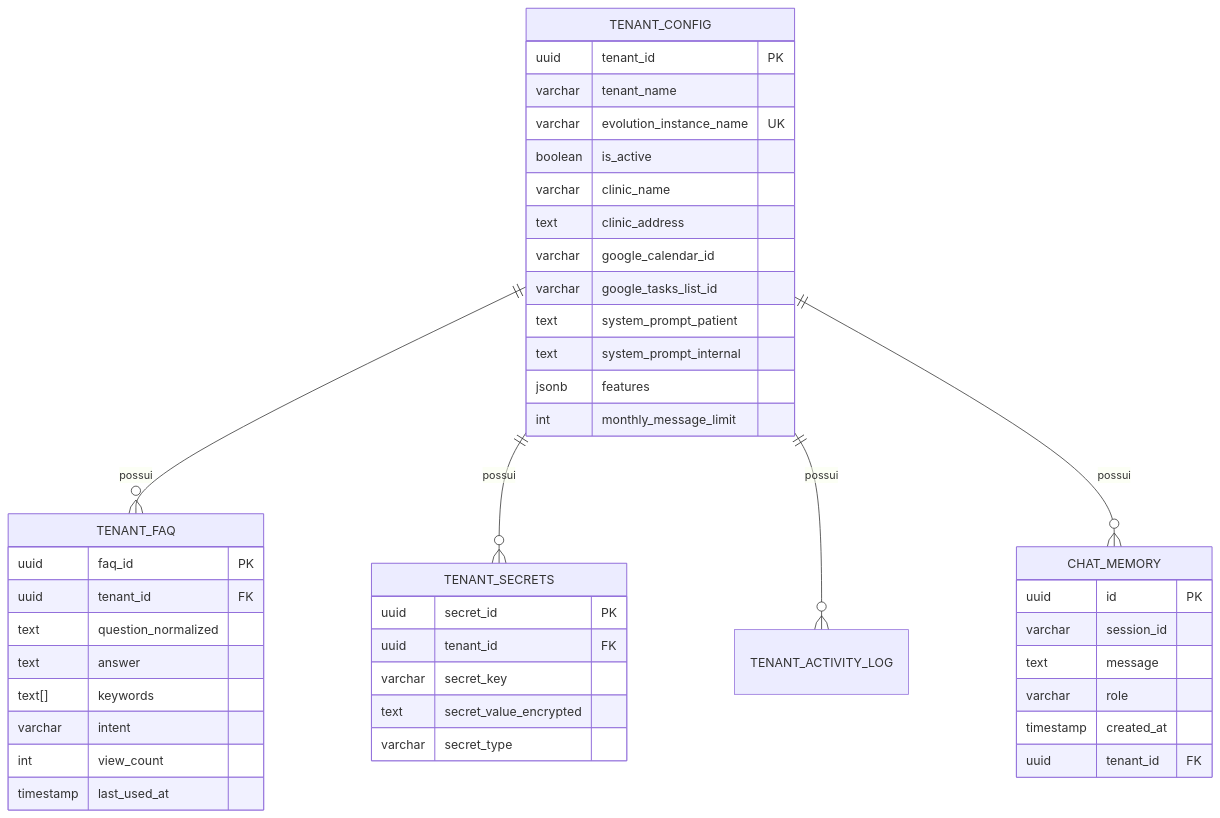
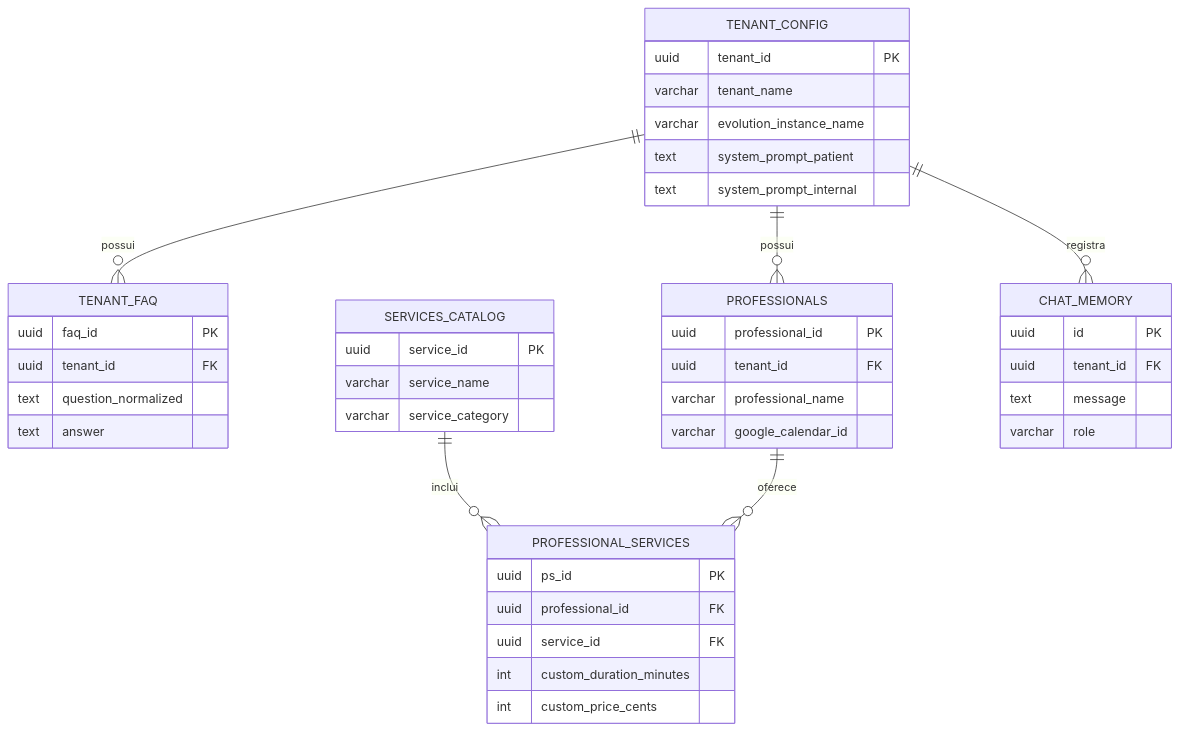
Before and after one commit to RenanLisboa8/n8n-clinic-multiagent: the fourth of 5 diagrams in docs/ARCHITECTURE.md, drawn with Mermaid. The commit also changed other lines of this file and 5 other files, not shown here.

````diff
--- a/docs/ARCHITECTURE.md
+++ b/docs/ARCHITECTURE.md
@@ -132,50 +93,51 @@
 ```mermaid
 erDiagram
     TENANT_CONFIG ||--o{ TENANT_FAQ : possui
-    TENANT_CONFIG ||--o{ TENANT_SECRETS : possui
-    TENANT_CONFIG ||--o{ TENANT_ACTIVITY_LOG : possui
-    TENANT_CONFIG ||--o{ CHAT_MEMORY : possui
-    
+    TENANT_CONFIG ||--o{ PROFESSIONALS : possui
+    SERVICES_CATALOG ||--o{ PROFESSIONAL_SERVICES : inclui
+    PROFESSIONALS ||--o{ PROFESSIONAL_SERVICES : oferece
+    TENANT_CONFIG ||--o{ CHAT_MEMORY : registra
+
     TENANT_CONFIG {
         uuid tenant_id PK
         varchar tenant_name
-        varchar evolution_instance_name UK
-        boolean is_active
-        varchar clinic_name
-        text clinic_address
-        varchar google_calendar_id
-        varchar google_tasks_list_id
+        varchar evolution_instance_name
         text system_prompt_patient
         text system_prompt_internal
-        jsonb features
-        int monthly_message_limit
     }
-    
+
     TENANT_FAQ {
         uuid faq_id PK
         uuid tenant_id FK
         text question_normalized
         text answer
-        text[] keywords
-        varchar intent
-        int view_count
-        timestamp last_used_at
     }
-    
-    TENANT_SECRETS {
-        uuid secret_id PK
+
+    PROFESSIONALS {
+        uuid professional_id PK
         uuid tenant_id FK
-        varchar secret_key
-        text secret_value_encrypted
-        varchar secret_type
+        varchar professional_name
+        varchar google_calendar_id
     }
-    
+
+    SERVICES_CATALOG {
+        uuid service_id PK
+        varchar service_name
+        varchar service_category
+    }
+
+    PROFESSIONAL_SERVICES {
+        uuid ps_id PK
+        uuid professional_id FK
+        uuid service_id FK
+        int custom_duration_minutes
+        int custom_price_cents
+    }
+
     CHAT_MEMORY {
         uuid id PK
-        varchar session_id
+        uuid tenant_id FK
         text message
         varchar role
-        timestamp created_at
-        uuid tenant_id FK
     }
 ```
````
